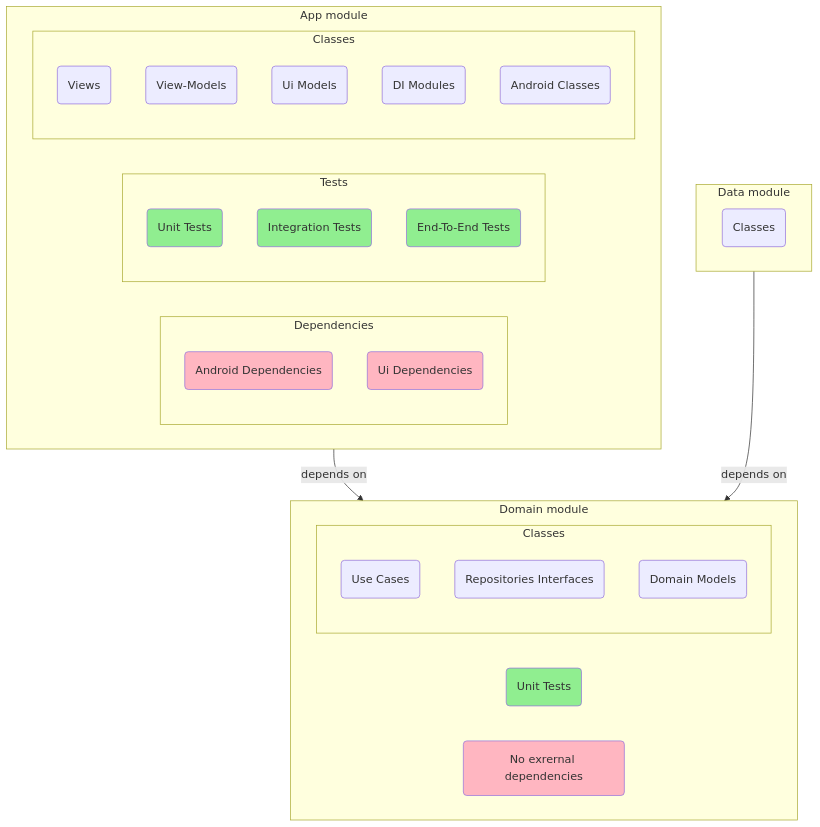
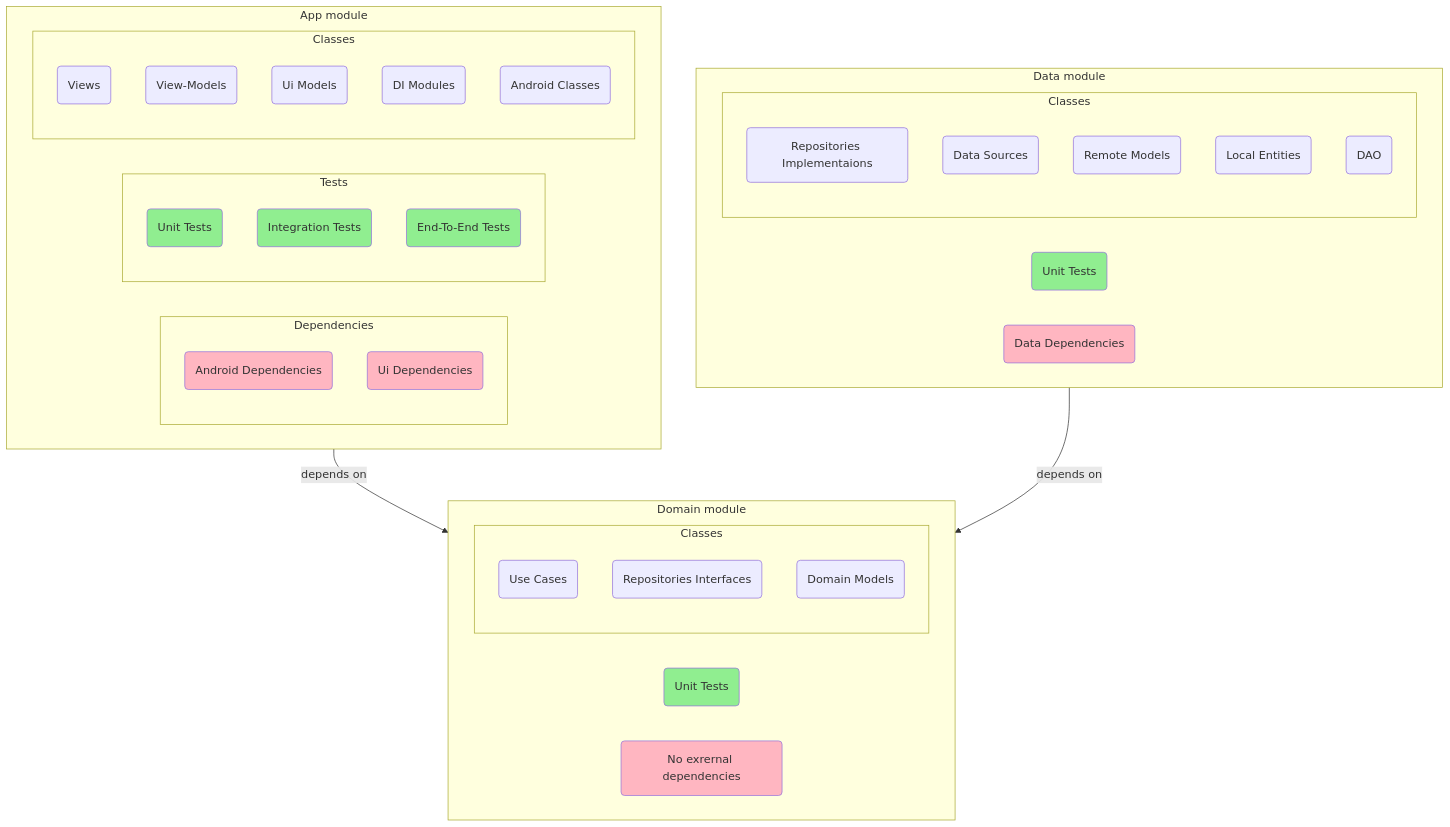
One commit to AntonShapovalov/Clean-Architecture-Android changed the diagram in README.md. Above: the diagram before and after it, drawn with Mermaid. The commit also changed other lines of this file, not shown here.

````diff
--- a/README.md
+++ b/README.md
@@ -40,48 +40,57 @@
 ```mermaid
 graph TD
     subgraph APP[App module]
         direction LR
         subgraph AppDependencies[Dependencies]
         direction TB
             AndroidDependencies(Android Dependencies):::red
             UiDependencies(Ui Dependencies):::red
         end
         subgraph AppTests[Tests]
             direction TB
             AppUnitTests(Unit Tests):::green
             IntegrationTests(Integration Tests):::green
             E2ETests(End-To-End Tests):::green
         end
         subgraph AppClasses[Classes]
             direction TB
             Views(Views)
             ViewModels(View-Models)
             UiModels(Ui Models)
             DI(DI Modules)
             Android(Android Classes)
         end
     end
 
     subgraph DOMAIN[Domain module]
         direction LR
-        DomainUnitTests(Unit Tests):::green
-        DomainDependencies(No exrernal dependencies):::red
         subgraph DomainClasses[Classes]
         direction TB
             UseCases(Use Cases)
             Repositories(Repositories Interfaces)
             DomainModels(Domain Models)
         end
+        DomainUnitTests(Unit Tests):::green
+        DomainDependencies(No exrernal dependencies):::red
     end
 
     subgraph DATA[Data module]
         direction LR
-        DataClasses(Classes)
+        DataClassesTests(Unit Tests):::green
+        DataDependencies(Data Dependencies):::red
+        subgraph DataClasses[Classes]
+            direction TB
+            RepositoriesImpl(Repositories Implementaions)
+            DataSources(Data Sources)
+            RemoteModels(Remote Models)
+            LocalModels(Local Entities)
+            DAO(DAO)
+        end
     end
 
     APP--depends on-->DOMAIN
     DATA--depends on-->DOMAIN
     
     classDef green fill:#90EE90
     classDef red fill:#FFB6C1
 ```
````
